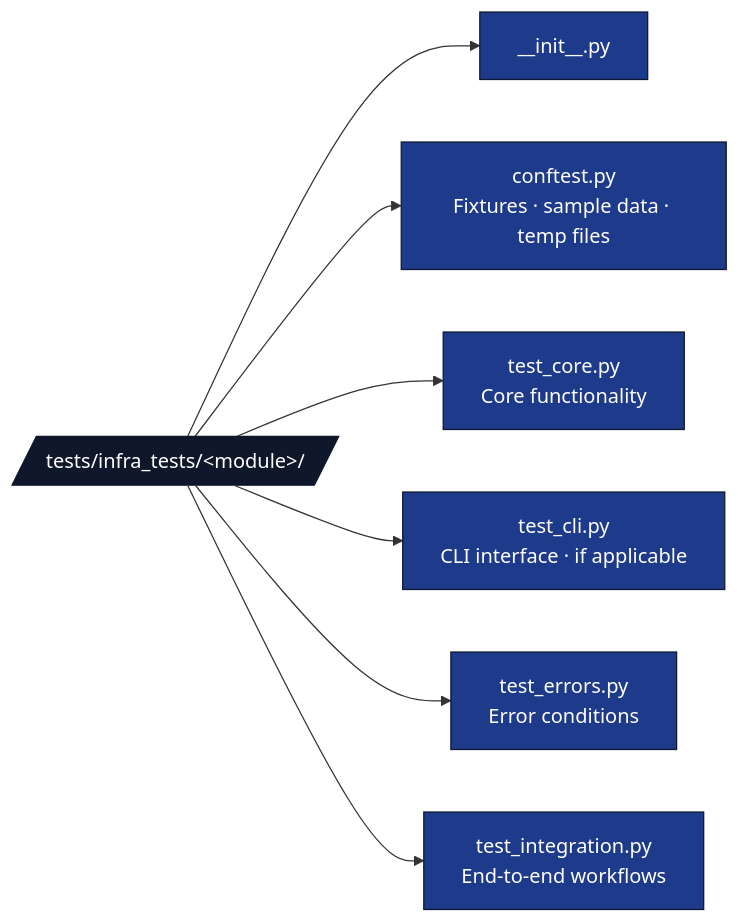
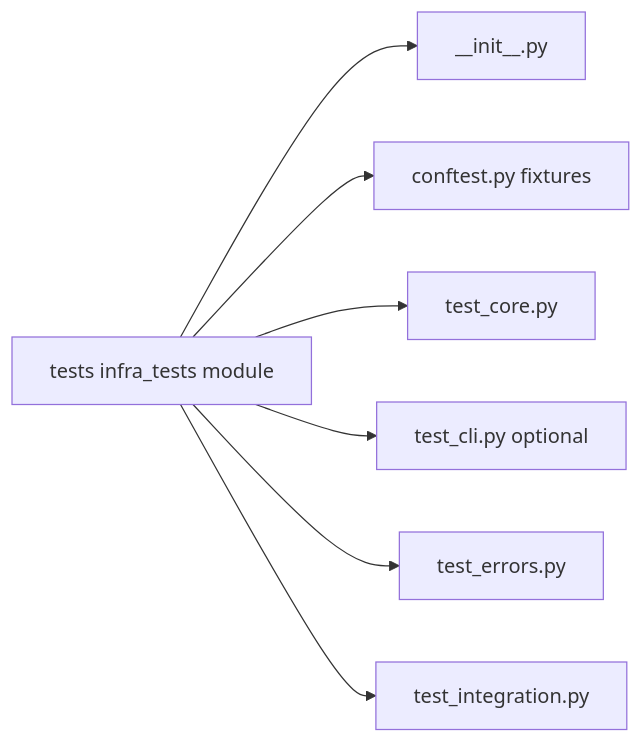
The second of 2 diagrams in docs/rules/testing_standards.md (docxology/template), drawn with Mermaid before and after one commit. The commit also changed other lines of this file and 94 other files, not shown here.

````diff
--- a/docs/rules/testing_standards.md
+++ b/docs/rules/testing_standards.md
@@ -61,15 +49,10 @@
 ```mermaid
 flowchart LR
-    T[/tests/infra_tests/&lt;module&gt;//]
+    T[tests infra_tests module]
     T --> INIT[__init__.py]
-    T --> CFG[conftest.py<br/>Fixtures · sample data · temp files]
-    T --> CORE[test_core.py<br/>Core functionality]
-    T --> CLI[test_cli.py<br/>CLI interface · if applicable]
-    T --> ERR[test_errors.py<br/>Error conditions]
-    T --> INTEG[test_integration.py<br/>End-to-end workflows]
-
-    classDef d fill:#0f172a,stroke:#0f172a,color:#fff
-    classDef code fill:#1e3a8a,stroke:#0f172a,color:#fff
-    class T d
-    class INIT,CFG,CORE,CLI,ERR,INTEG code
+    T --> CFG[conftest.py fixtures]
+    T --> CORE[test_core.py]
+    T --> CLI[test_cli.py optional]
+    T --> ERR[test_errors.py]
+    T --> INTEG[test_integration.py]
 ```
````
